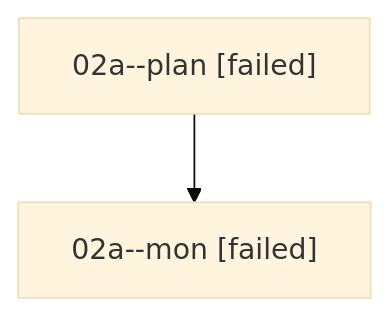
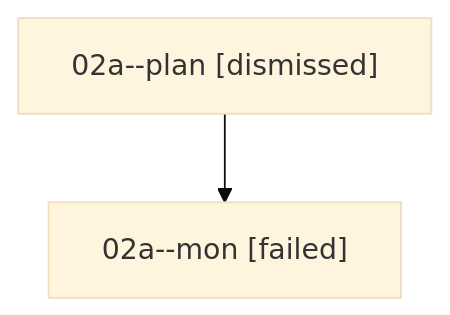
The diagram in families/bbugyi200.athena.02a.md (bobs-org/bob-cli--agents), drawn with Mermaid (base theme) before and after one commit. The commit also changed other lines of this file and 265 other files, not shown here.

````diff
--- a/families/bbugyi200.athena.02a.md
+++ b/families/bbugyi200.athena.02a.md
@@ -9,6 +9,6 @@
 ```mermaid
 flowchart TD
-  n0["02a--plan [failed]"]
+  n0["02a--plan [dismissed]"]
   n1["02a--mon [failed]"]
   n0 --> n1
 ```
````
